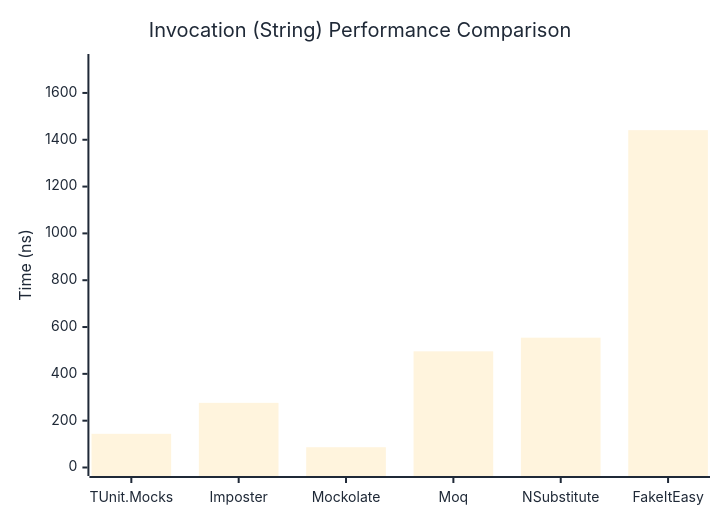
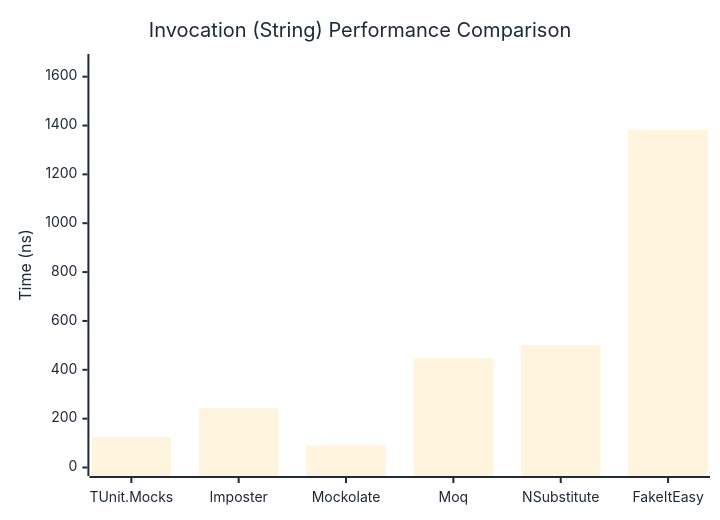
The second of 3 diagrams in docs/docs/benchmarks/mocks/Invocation.md (thomhurst/TUnit), drawn with Mermaid before and after one commit. The commit also changed other lines of this file and 14 other files, not shown here.

````diff
--- a/docs/docs/benchmarks/mocks/Invocation.md
+++ b/docs/docs/benchmarks/mocks/Invocation.md
@@ -69,27 +69,27 @@
 ```mermaid
 %%{init: {
   'theme':'base',
   'themeVariables': {
     'primaryColor': '#2563eb',
     'primaryTextColor': '#1f2937',
     'primaryBorderColor': '#1e40af',
     'lineColor': '#6b7280',
     'secondaryColor': '#7c3aed',
     'tertiaryColor': '#dc2626',
     'background': '#ffffff',
     'pie1': '#2563eb',
     'pie2': '#7c3aed',
     'pie3': '#dc2626',
     'pie4': '#f59e0b',
     'pie5': '#10b981',
     'pie6': '#06b6d4',
     'pie7': '#ec4899',
     'pie8': '#6366f1'
   }
 }}%%
 xychart-beta
   title "Invocation (String) Performance Comparison"
   x-axis ["TUnit.Mocks", "Imposter", "Mockolate", "Moq", "NSubstitute", "FakeItEasy"]
-  y-axis "Time (ns)" 0 --> 1730
-  bar [143.92, 276.18, 86.59, 496.26, 554.51, 1440.96]
+  y-axis "Time (ns)" 0 --> 1658
+  bar [123.91, 242.03, 90.13, 446.79, 501.31, 1381.35]
 ```
````
